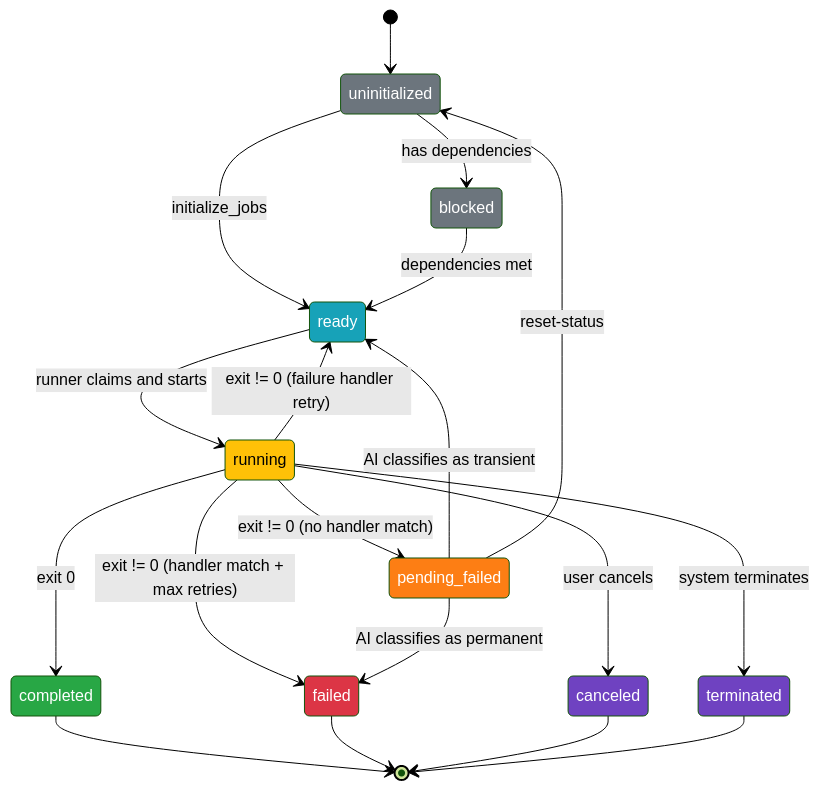
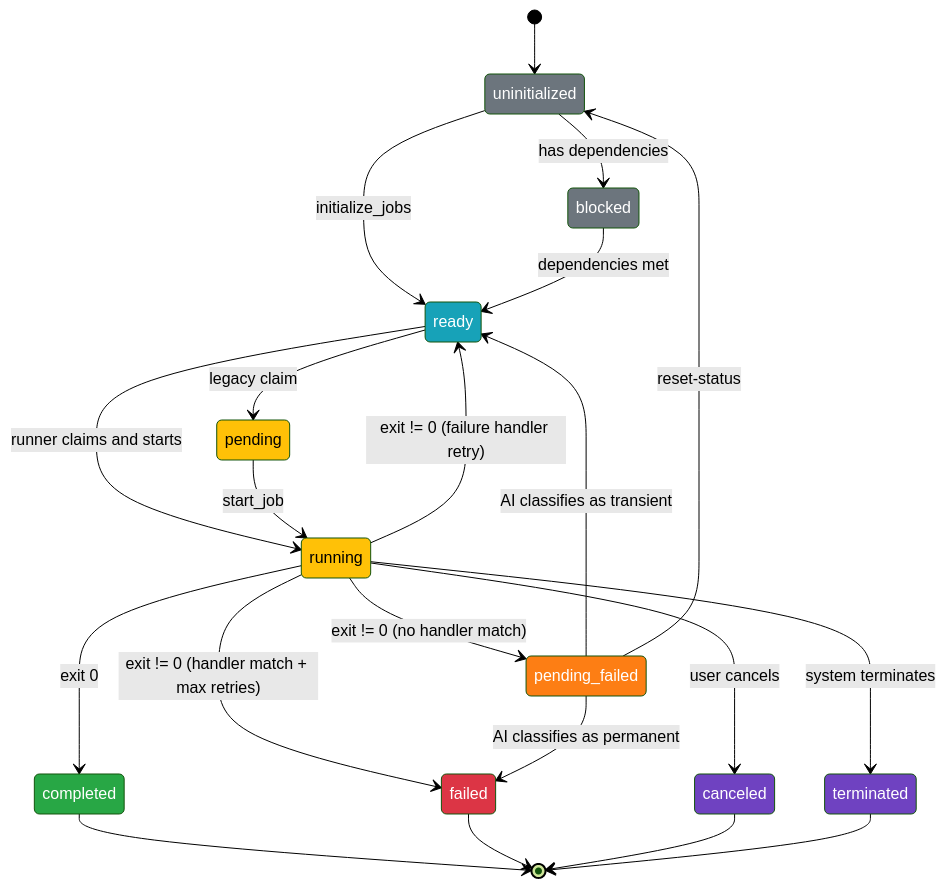
One commit to NatLabRockies/torc changed the diagram in docs/src/core/concepts/job-states.md. Above: the diagram before and after it, drawn with Mermaid (forest theme). The commit also changed other lines of this file and 13 other files, not shown here.

First line of the commit message:
Address claim-marks-running review findings

````diff
--- a/docs/src/core/concepts/job-states.md
+++ b/docs/src/core/concepts/job-states.md
@@ -5,41 +5,43 @@
 ```mermaid
 stateDiagram-v2
     [*] --> uninitialized
     uninitialized --> ready: initialize_jobs
     uninitialized --> blocked: has dependencies
 
     blocked --> ready: dependencies met
     ready --> running: runner claims and starts
+    ready --> pending: legacy claim
+    pending --> running: start_job
 
     running --> completed: exit 0
     running --> failed: exit != 0 (handler match + max retries)
     running --> pending_failed: exit != 0 (no handler match)
     running --> ready: exit != 0 (failure handler retry)
     running --> canceled: user cancels
     running --> terminated: system terminates
 
     pending_failed --> failed: AI classifies as permanent
     pending_failed --> ready: AI classifies as transient
     pending_failed --> uninitialized: reset-status
 
     completed --> [*]
     failed --> [*]
     canceled --> [*]
     terminated --> [*]
 
     classDef waiting fill:#6c757d,color:#fff
     classDef ready fill:#17a2b8,color:#fff
     classDef active fill:#ffc107,color:#000
     classDef success fill:#28a745,color:#fff
     classDef error fill:#dc3545,color:#fff
     classDef stopped fill:#6f42c1,color:#fff
     classDef classification fill:#fd7e14,color:#fff
 
     class uninitialized,blocked waiting
     class ready ready
-    class running active
+    class pending,running active
     class completed success
     class failed error
     class canceled,terminated stopped
     class pending_failed classification
 ```
````
